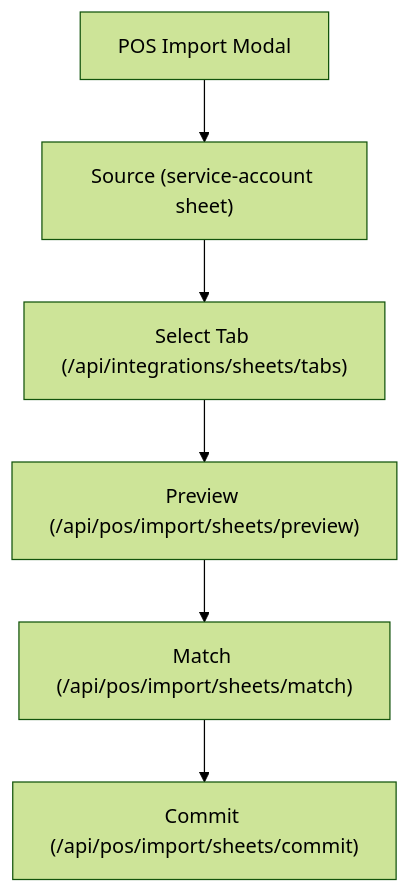
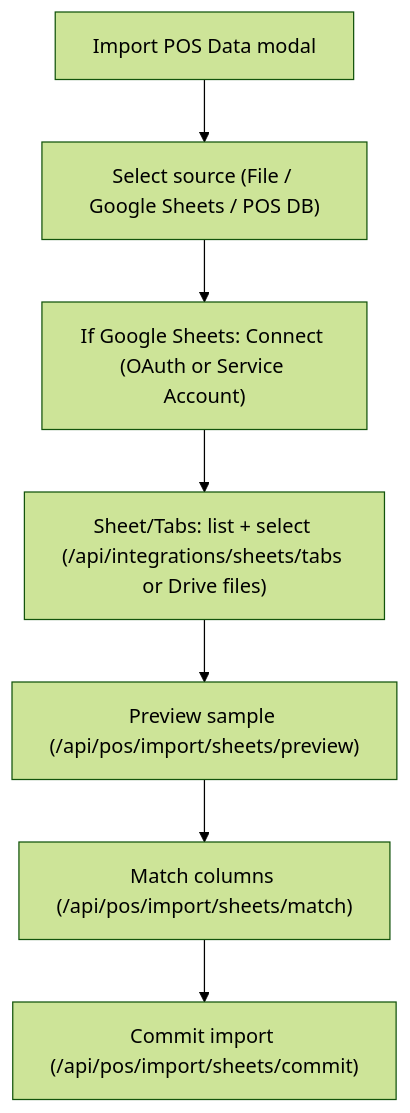
One commit to comp596-spring-2026/RetailSync changed the third of 3 diagrams in README.md. Above: the diagram before and after it, drawn with Mermaid (forest theme). The commit also changed other lines of this file and 100 other files, not shown here.

Commit message:
Inventory workspace, Google Sheets UX, and API consolidation + Docs

````diff
--- a/README.md
+++ b/README.md
@@ -130,8 +130,9 @@
 ```mermaid
 flowchart TD
-  A["POS Import Modal"] --> B["Source (service-account sheet)"]
-  B --> C["Select Tab (/api/integrations/sheets/tabs)"]
-  C --> D["Preview (/api/pos/import/sheets/preview)"]
-  D --> E["Match (/api/pos/import/sheets/match)"]
-  E --> F["Commit (/api/pos/import/sheets/commit)"]
+  A["Import POS Data modal"] --> B["Select source (File / Google Sheets / POS DB)"]
+  B --> C["If Google Sheets: Connect (OAuth or Service Account)"]
+  C --> D["Sheet/Tabs: list + select (/api/integrations/sheets/tabs or Drive files)"]
+  D --> E["Preview sample (/api/pos/import/sheets/preview)"]
+  E --> F["Match columns (/api/pos/import/sheets/match)"]
+  F --> G["Commit import (/api/pos/import/sheets/commit)"]
 ```
````
